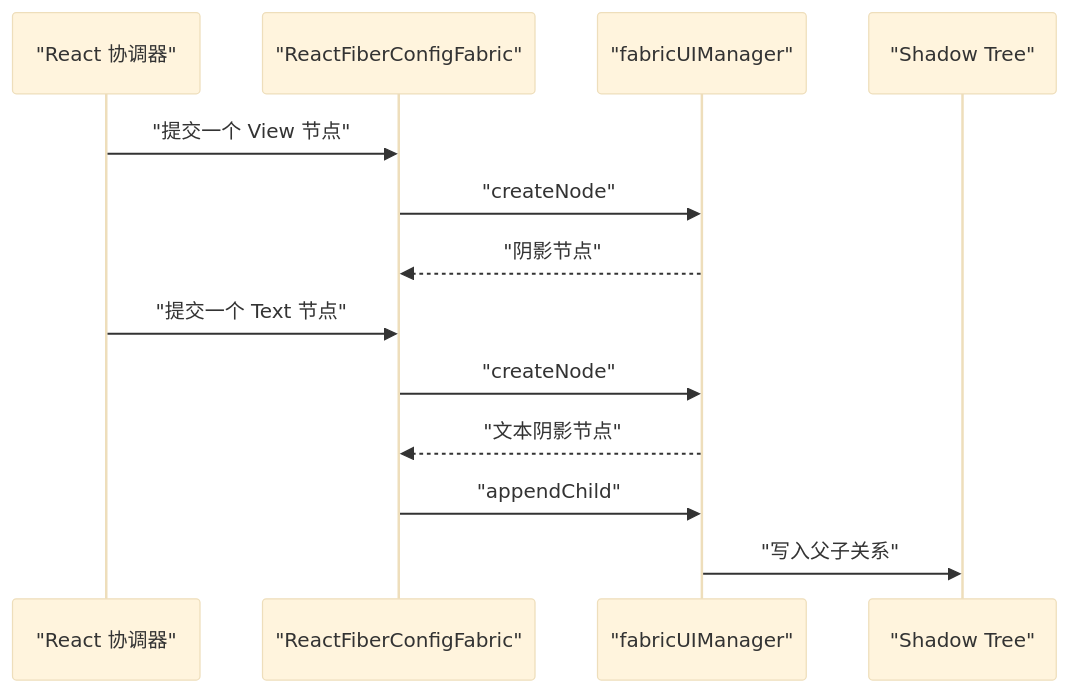
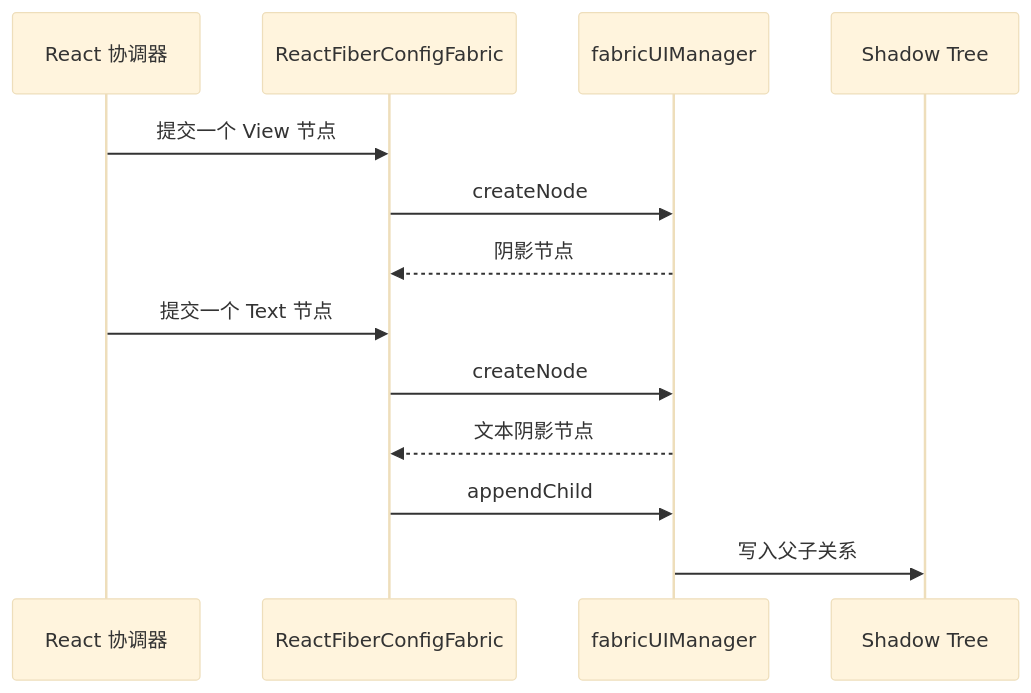
One commit to Shyu-x/frontend-interview changed the third of 8 diagrams in docs/react/r19/react-native-architecture.md. Above: the diagram before and after it, drawn with Mermaid (base theme). The commit also changed other lines of this file and 23 other files, not shown here.

First line of the commit message:
fix(docs): 修复 28 张无法渲染的 Mermaid 图，新增真实解析器校验与 PDF 下载页

````diff
--- a/docs/react/r19/react-native-architecture.md
+++ b/docs/react/r19/react-native-architecture.md
@@ -296,15 +296,15 @@
 ```mermaid
 sequenceDiagram
-    participant R as "React 协调器"
-    participant C as "ReactFiberConfigFabric"
-    participant N as "fabricUIManager"
-    participant S as "Shadow Tree"
-    R->>C: "提交一个 View 节点"
-    C->>N: "createNode"
-    N-->>C: "阴影节点"
-    R->>C: "提交一个 Text 节点"
-    C->>N: "createNode"
-    N-->>C: "文本阴影节点"
-    C->>N: "appendChild"
-    N->>S: "写入父子关系"
+    participant R as React 协调器
+    participant C as ReactFiberConfigFabric
+    participant N as fabricUIManager
+    participant S as Shadow Tree
+    R->>C: 提交一个 View 节点
+    C->>N: createNode
+    N-->>C: 阴影节点
+    R->>C: 提交一个 Text 节点
+    C->>N: createNode
+    N-->>C: 文本阴影节点
+    C->>N: appendChild
+    N->>S: 写入父子关系
 ```
````
